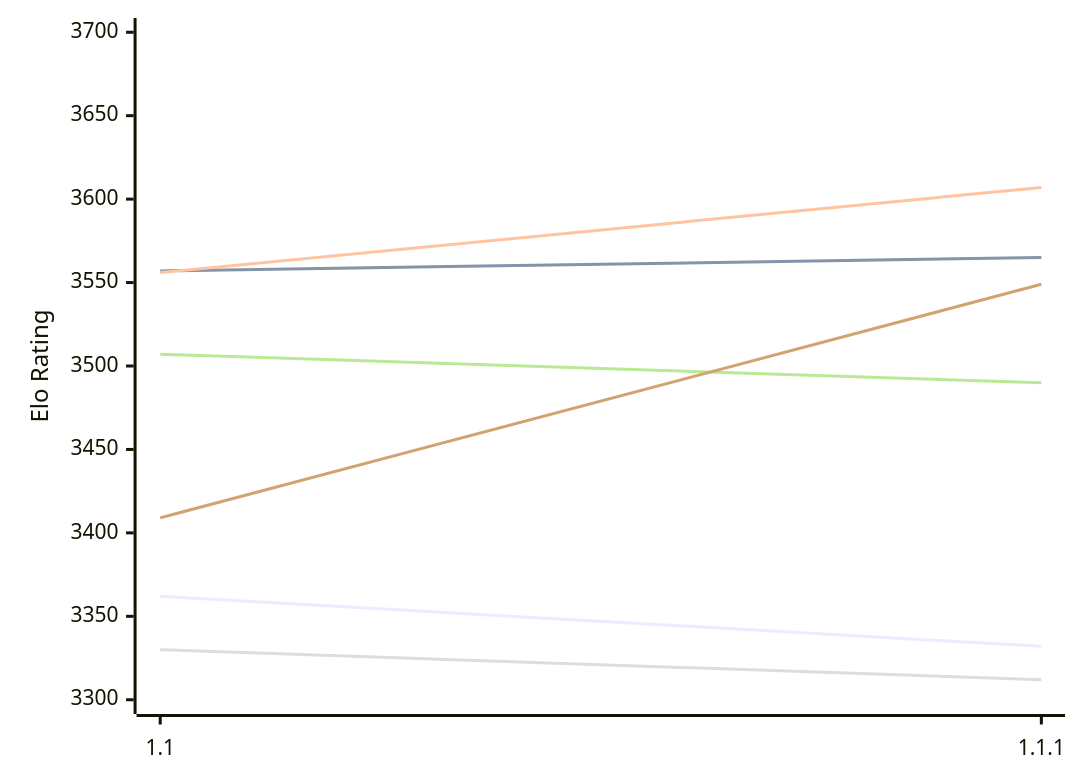
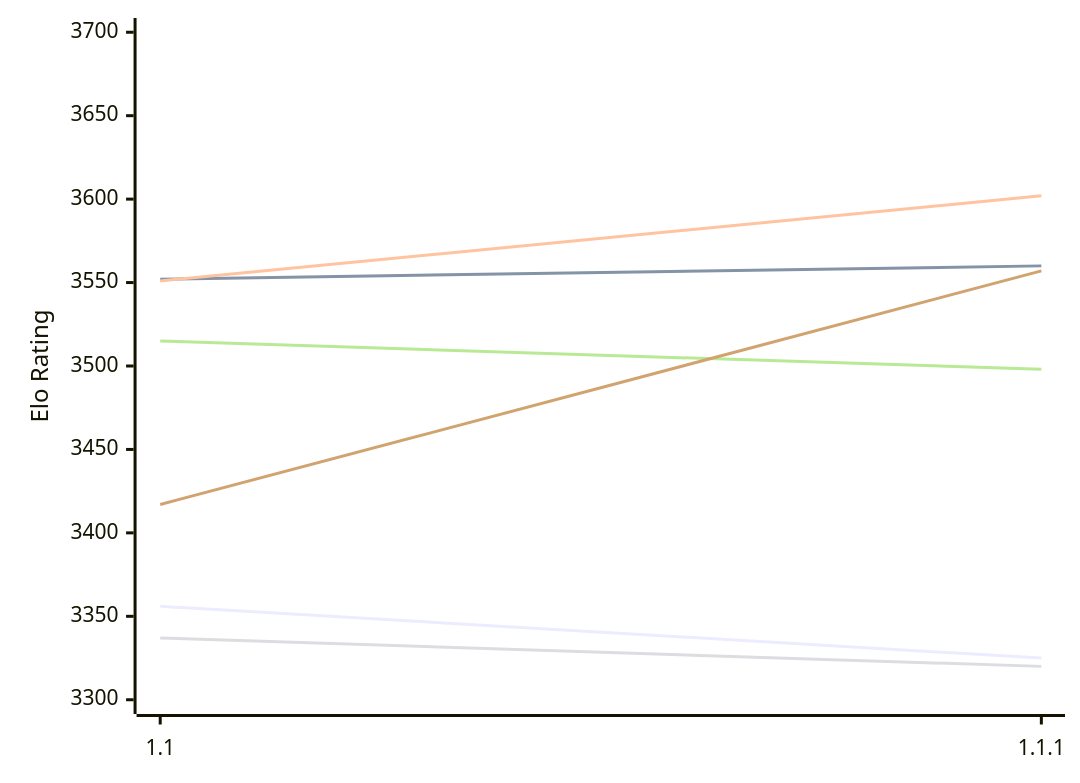
The first of 2 diagrams in engines/Icarus.md (computer-chess-index/cci), drawn with Mermaid before and after one commit. The commit also changed other lines of this file, not shown here.

Commit message:
Update CCI Ratings (ELO VLTC) - 2026-11-18

````diff
--- a/engines/Icarus.md
+++ b/engines/Icarus.md
@@ -51,12 +51,12 @@
 ```mermaid
 %%{init: {"theme":"base","themeVariables":{"seriesColors:['#a3a3a3','#222221','#faa371']}}}%%
 xychart-beta
   x-axis ["1.1", "1.1.1"]
   y-axis "Elo Rating" 3300 --> 3700
-  line "E1: STC (8.0+0.08s)" [3362, 3332]
-  line "E1: LTC (60.0+0.60s)" [3557, 3565]
-  line "E1: VLTC (2m24s+1.12s)" [3556, 3607]
-  line "P1: STC (8.0+0.08s)" [3330, 3312]
-  line "P1: LTC (60.0+0.60s)" [3507, 3490]
-  line "P1: VLTC (2m24s+1.12s)" [3409, 3549]
+  line "E1: STC (8.0+0.08s)" [3356, 3325]
+  line "E1: LTC (60.0+0.60s)" [3552, 3560]
+  line "E1: VLTC (2m24s+1.12s)" [3551, 3602]
+  line "P1: STC (8.0+0.08s)" [3337, 3320]
+  line "P1: LTC (60.0+0.60s)" [3515, 3498]
+  line "P1: VLTC (2m24s+1.12s)" [3417, 3557]
 ```
````
